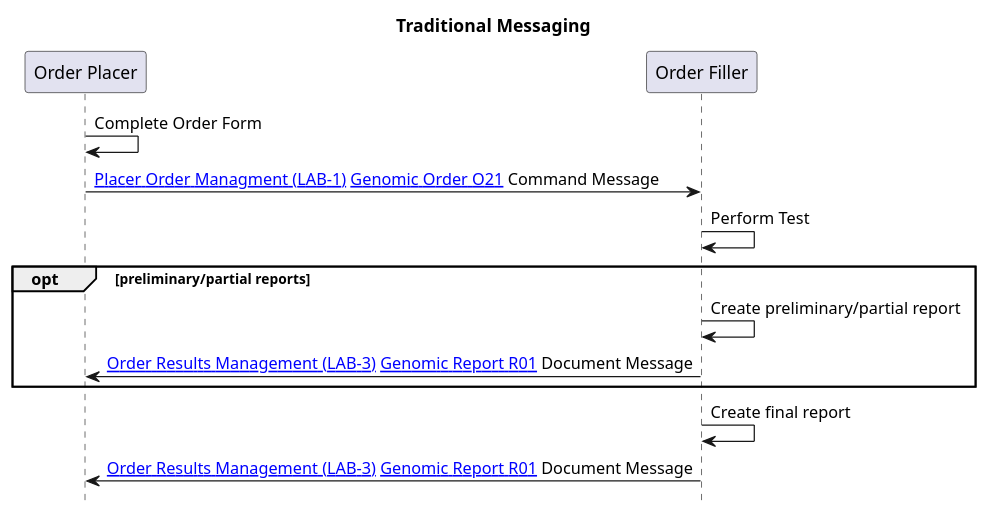
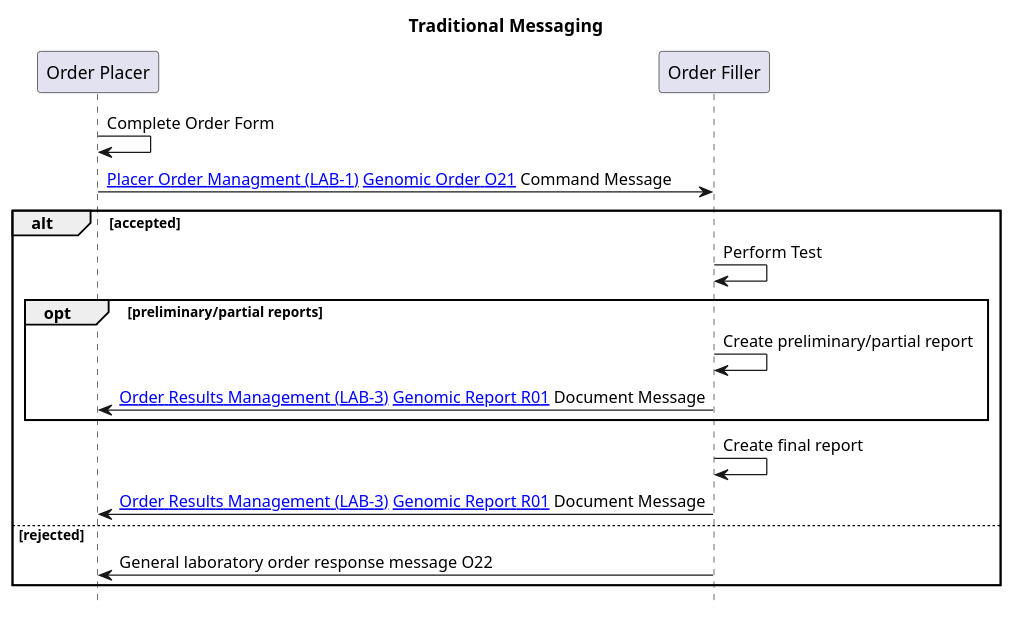
One commit to nw-gmsa/nw-gmsa.github.com changed the diagram in input/images-source/LTW-now-sequence.plantuml. Above: the diagram before and after it, drawn with PlantUML. The commit also changed 1 other file, not shown here.

```diff
--- a/input/images-source/LTW-now-sequence.plantuml
+++ b/input/images-source/LTW-now-sequence.plantuml
@@ -1,22 +1,25 @@
 @startuml
 
 hide footbox
 
 title "Traditional Messaging"
 
 participant "Order Placer" as EPR
 participant "Order Filler" as LIMS
 
 
 EPR -> EPR: Complete Order Form
 EPR -> LIMS: [[LAB-1.html Placer Order Managment (LAB-1)]] [[DDD-TestOrder.html Genomic Order O21]] Command Message
+alt accepted
 LIMS -> LIMS: Perform Test
 opt preliminary/partial reports
 LIMS -> LIMS: Create preliminary/partial report
 LIMS -> EPR: [[LAB-3.html Order Results Management (LAB-3)]] [[DDD-TestReport.html Genomic Report R01]] Document Message
 end
 LIMS -> LIMS: Create final report
 LIMS -> EPR: [[LAB-3.html Order Results Management (LAB-3)]] [[DDD-TestReport.html Genomic Report R01]] Document Message
-
+else rejected
+LIMS -> EPR: General laboratory order response message O22
+end
 
 @enduml
```
